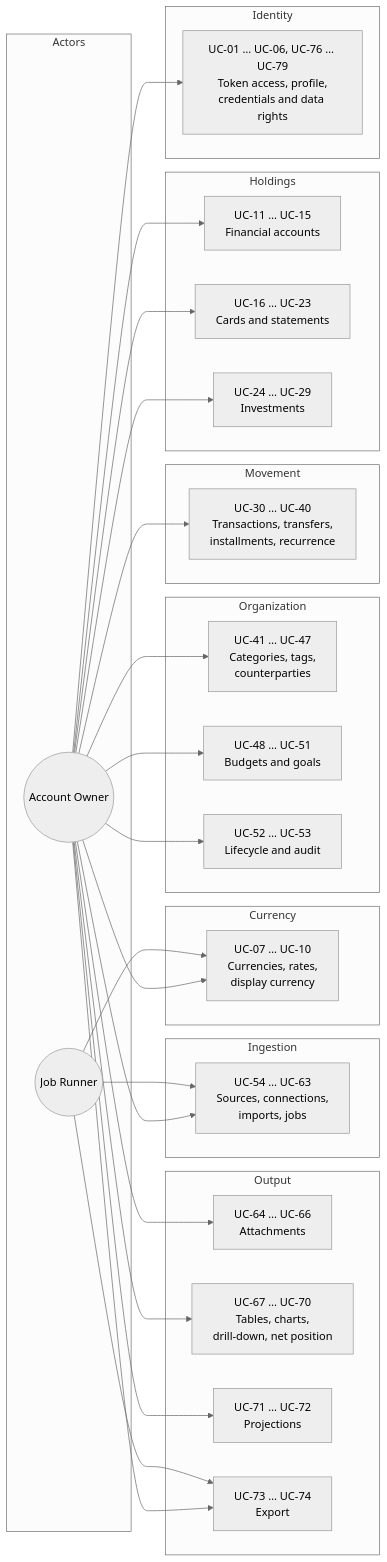
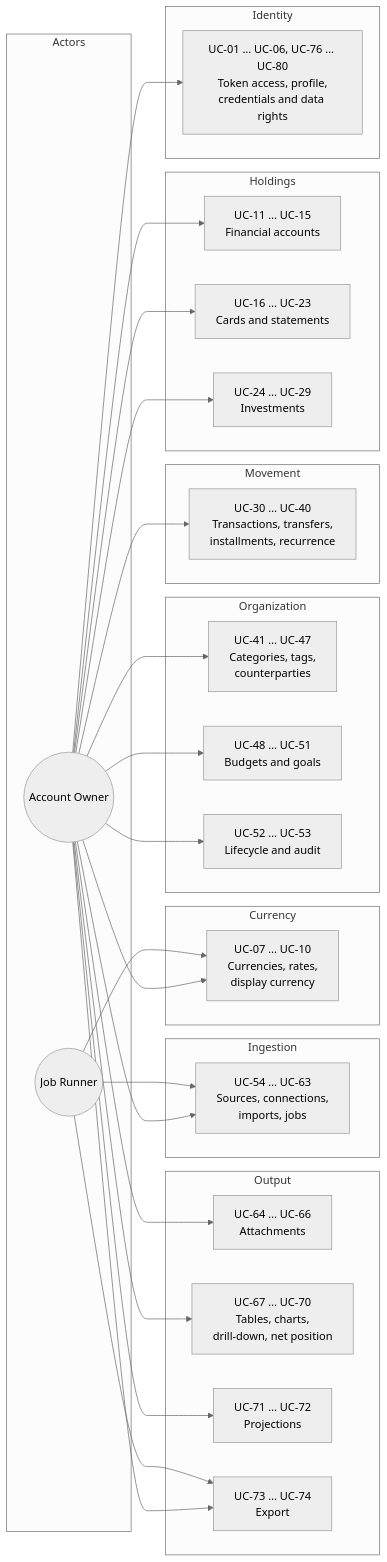
The first of 7 diagrams in docs/requirements/Use Case Specification Document.md (artur-rios/fortuna-api), drawn with Mermaid (neutral theme) before and after one commit. The commit also changed other lines of this file and 42 other files, not shown here.

````diff
--- a/docs/requirements/Use Case Specification Document.md
+++ b/docs/requirements/Use Case Specification Document.md
@@ -45,60 +45,60 @@
 ```mermaid
 graph LR
     subgraph Actors
         OWNER(("Account Owner"))
         RUNNER(("Job Runner"))
     end
 
     subgraph Identity
-        UC01[UC-01 … UC-06, UC-76 … UC-79<br/>Token access, profile,<br/>credentials and data rights]
+        UC01[UC-01 … UC-06, UC-76 … UC-80<br/>Token access, profile,<br/>credentials and data rights]
     end
 
     subgraph Currency
         UC07[UC-07 … UC-10<br/>Currencies, rates,<br/>display currency]
     end
 
     subgraph Holdings
         UC11[UC-11 … UC-15<br/>Financial accounts]
         UC16[UC-16 … UC-23<br/>Cards and statements]
         UC24[UC-24 … UC-29<br/>Investments]
     end
 
     subgraph Movement
         UC30[UC-30 … UC-40<br/>Transactions, transfers,<br/>installments, recurrence]
     end
 
     subgraph Organization
         UC41[UC-41 … UC-47<br/>Categories, tags,<br/>counterparties]
         UC48[UC-48 … UC-51<br/>Budgets and goals]
         UC52[UC-52 … UC-53<br/>Lifecycle and audit]
     end
 
     subgraph Ingestion
         UC54[UC-54 … UC-63<br/>Sources, connections,<br/>imports, jobs]
     end
 
     subgraph Output
         UC64[UC-64 … UC-66<br/>Attachments]
         UC67[UC-67 … UC-70<br/>Tables, charts,<br/>drill-down, net position]
         UC71[UC-71 … UC-72<br/>Projections]
         UC73[UC-73 … UC-74<br/>Export]
     end
 
     OWNER --> UC01
     OWNER --> UC07
     OWNER --> UC11
     OWNER --> UC16
     OWNER --> UC24
     OWNER --> UC30
     OWNER --> UC41
     OWNER --> UC48
     OWNER --> UC52
     OWNER --> UC54
     OWNER --> UC64
     OWNER --> UC67
     OWNER --> UC71
     OWNER --> UC73
     RUNNER --> UC07
     RUNNER --> UC54
     RUNNER --> UC73
 ```
````
